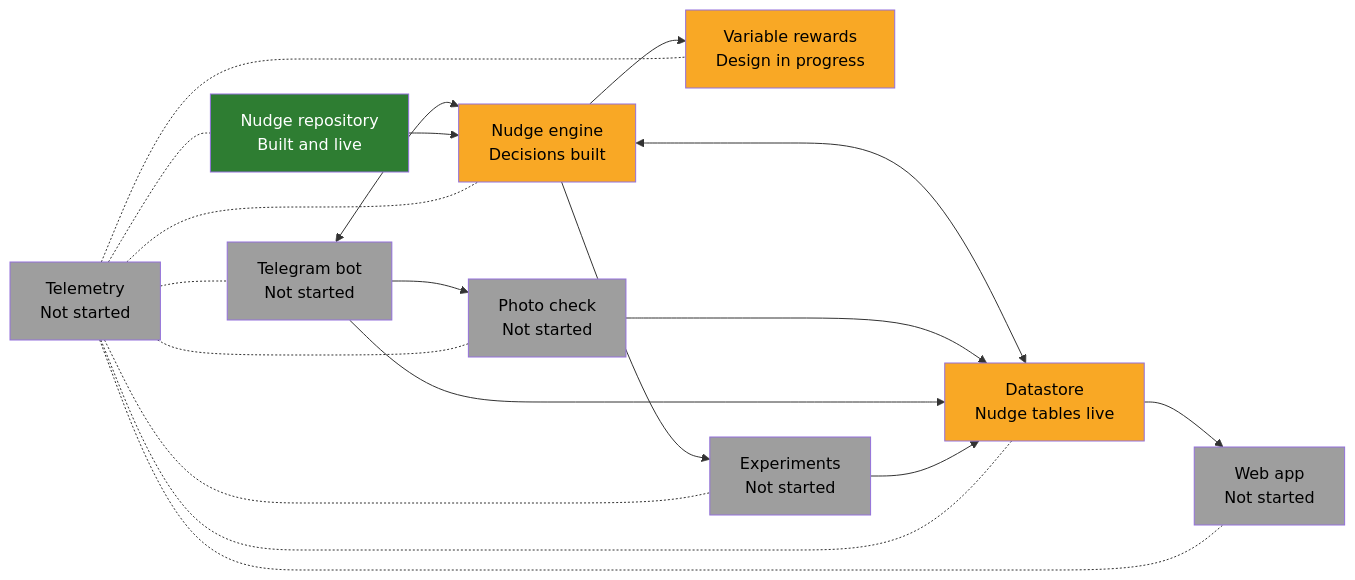
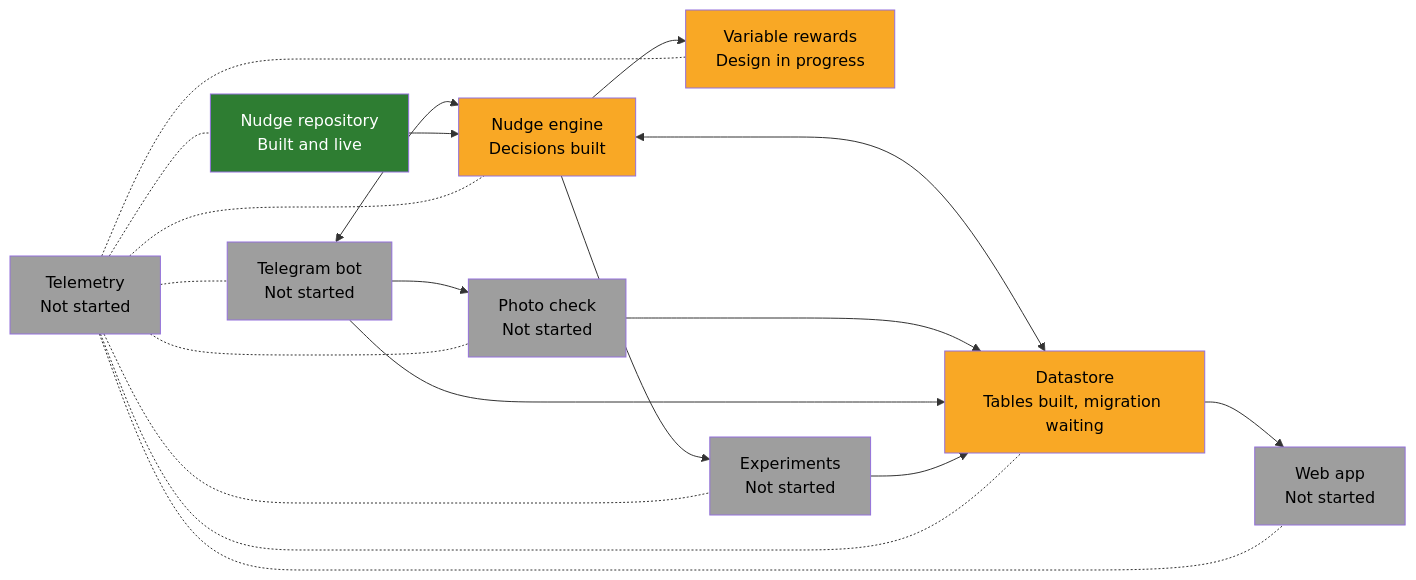
One commit to WeiLieh/FamilyHabitBuilder changed the diagram in docs/ARCHITECTURE.md. Above: the diagram before and after it, drawn with Mermaid. The commit also changed 18 other files, not shown here.

First line of the commit message:
Build the 14 Datastore tables, test-first (migration 003, rules 8.3 to 8.12)

````diff
--- a/docs/ARCHITECTURE.md
+++ b/docs/ARCHITECTURE.md
@@ -5,35 +5,35 @@
 ```mermaid
 flowchart LR
     telegram["Telegram bot<br/>Not started"]:::todo
     engine["Nudge engine<br/>Decisions built"]:::part
     repository["Nudge repository<br/>Built and live"]:::done
     photo["Photo check<br/>Not started"]:::todo
     rewards["Variable rewards<br/>Design in progress"]:::part
-    datastore["Datastore<br/>Nudge tables live"]:::part
+    datastore["Datastore<br/>Tables built, migration waiting"]:::part
     webapp["Web app<br/>Not started"]:::todo
     telemetry["Telemetry<br/>Not started"]:::todo
     experiments["Experiments<br/>Not started"]:::todo
 
     telegram <--> engine
     repository --> engine
     engine --> rewards
     engine <--> datastore
     telegram --> photo
     photo --> datastore
     telegram --> datastore
     datastore --> webapp
     engine --> experiments
     experiments --> datastore
     telemetry -.- telegram
     telemetry -.- engine
     telemetry -.- repository
     telemetry -.- photo
     telemetry -.- rewards
     telemetry -.- datastore
     telemetry -.- webapp
     telemetry -.- experiments
 
     classDef done fill:#2e7d32,color:#ffffff
     classDef part fill:#f9a825,color:#000000
     classDef todo fill:#9e9e9e,color:#000000
 ```
````
